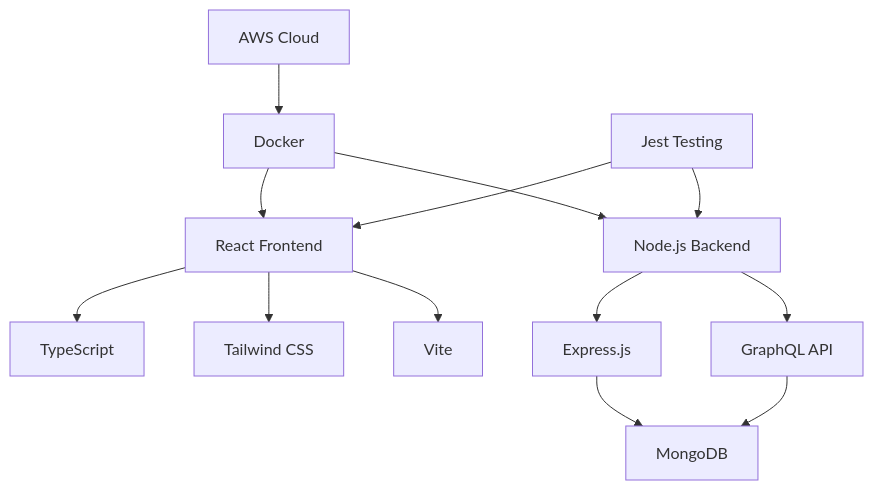
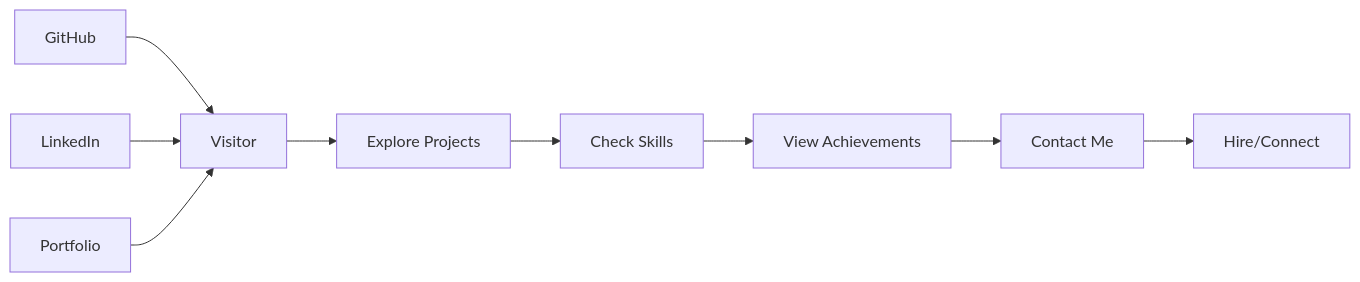
The diagram in README.md (manoj8260/manoj8260), drawn with Mermaid before and after one commit. The commit also changed other lines of this file, not shown here.

First line of the commit message:
Revise README for personal portfolio presentation

````diff
--- a/README.md
+++ b/README.md
@@ -31,15 +141,12 @@
 ```mermaid
-graph TB
-    A[React Frontend] --> B[TypeScript]
-    A --> C[Tailwind CSS]
-    A --> D[Vite]
-    E[Node.js Backend] --> F[Express.js]
-    E --> G[GraphQL API]
-    F --> H[MongoDB]
-    G --> H
-    I[Docker] --> A
-    I --> E
-    J[AWS Cloud] --> I
-    K[Jest Testing] --> A
-    K --> E
+graph LR
+    A[Visitor] --> B[Explore Projects]
+    B --> C[Check Skills]
+    C --> D[View Achievements]
+    D --> E[Contact Me]
+    E --> F[Hire/Connect]
+    
+    G[GitHub] --> A
+    H[LinkedIn] --> A
+    I[Portfolio] --> A
 ```
````
